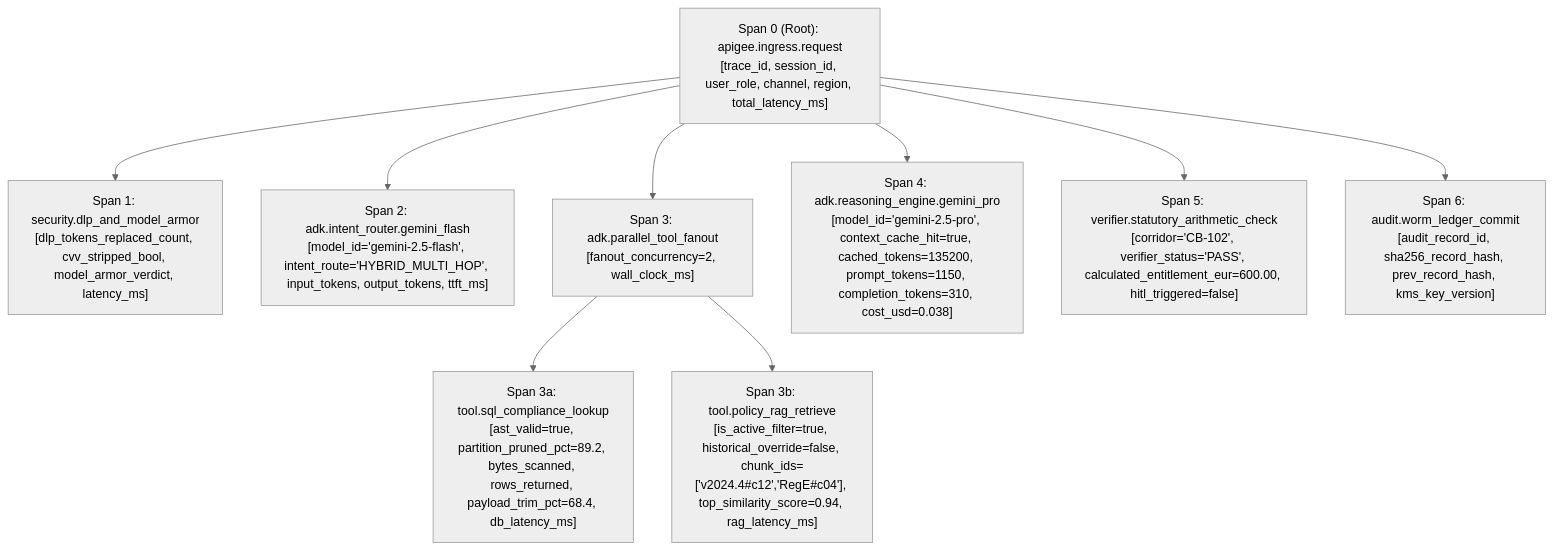
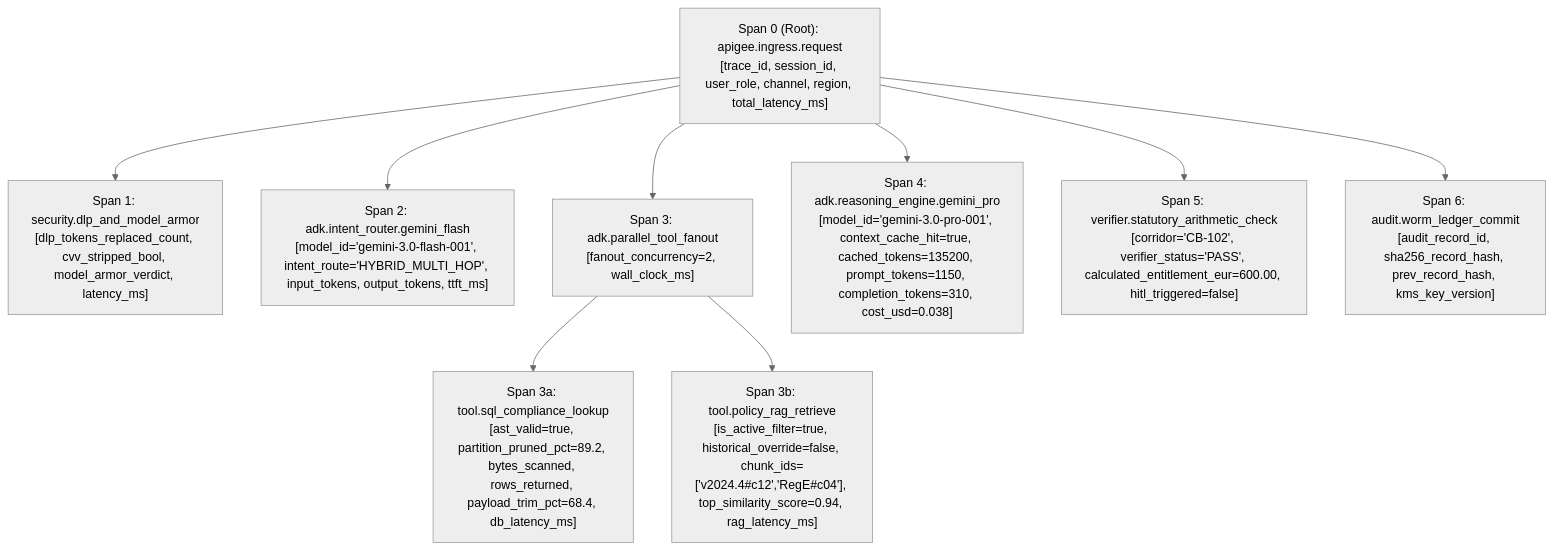
Before and after one commit to ashishnabira1976/cymbalbank: the sixth of 8 diagrams in Cymbal_Bank_Solution_Design_Document.md, drawn with Mermaid (neutral theme). The commit also changed other lines of this file, not shown here.

````diff
--- a/Cymbal_Bank_Solution_Design_Document.md
+++ b/Cymbal_Bank_Solution_Design_Document.md
@@ -441,12 +641,12 @@
 ```mermaid
 flowchart TD
     Root["Span 0 (Root): apigee.ingress.request<br/>[trace_id, session_id, user_role, channel, region, total_latency_ms]"]
     Root --> S1["Span 1: security.dlp_and_model_armor<br/>[dlp_tokens_replaced_count, cvv_stripped_bool, model_armor_verdict, latency_ms]"]
-    Root --> S2["Span 2: adk.intent_router.gemini_flash<br/>[model_id='gemini-2.5-flash', intent_route='HYBRID_MULTI_HOP', input_tokens, output_tokens, ttft_ms]"]
+    Root --> S2["Span 2: adk.intent_router.gemini_flash<br/>[model_id='gemini-3.0-flash-001', intent_route='HYBRID_MULTI_HOP', input_tokens, output_tokens, ttft_ms]"]
     Root --> S3["Span 3: adk.parallel_tool_fanout<br/>[fanout_concurrency=2, wall_clock_ms]"]
     S3 --> S3A["Span 3a: tool.sql_compliance_lookup<br/>[ast_valid=true, partition_pruned_pct=89.2, bytes_scanned, rows_returned, payload_trim_pct=68.4, db_latency_ms]"]
     S3 --> S3B["Span 3b: tool.policy_rag_retrieve<br/>[is_active_filter=true, historical_override=false, chunk_ids=['v2024.4#c12','RegE#c04'], top_similarity_score=0.94, rag_latency_ms]"]
-    Root --> S4["Span 4: adk.reasoning_engine.gemini_pro<br/>[model_id='gemini-2.5-pro', context_cache_hit=true, cached_tokens=135200, prompt_tokens=1150, completion_tokens=310, cost_usd=0.038]"]
+    Root --> S4["Span 4: adk.reasoning_engine.gemini_pro<br/>[model_id='gemini-3.0-pro-001', context_cache_hit=true, cached_tokens=135200, prompt_tokens=1150, completion_tokens=310, cost_usd=0.038]"]
     Root --> S5["Span 5: verifier.statutory_arithmetic_check<br/>[corridor='CB-102', verifier_status='PASS', calculated_entitlement_eur=600.00, hitl_triggered=false]"]
     Root --> S6["Span 6: audit.worm_ledger_commit<br/>[audit_record_id, sha256_record_hash, prev_record_hash, kms_key_version]"]
 ```
````
